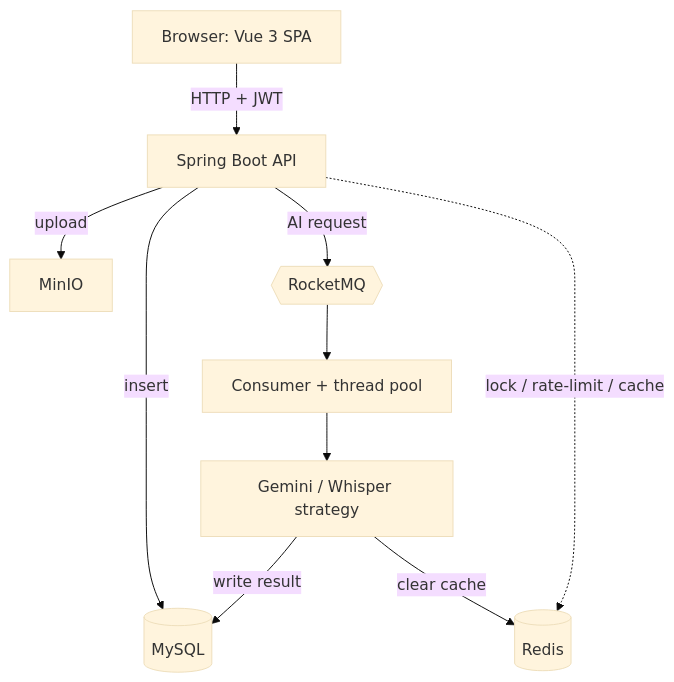
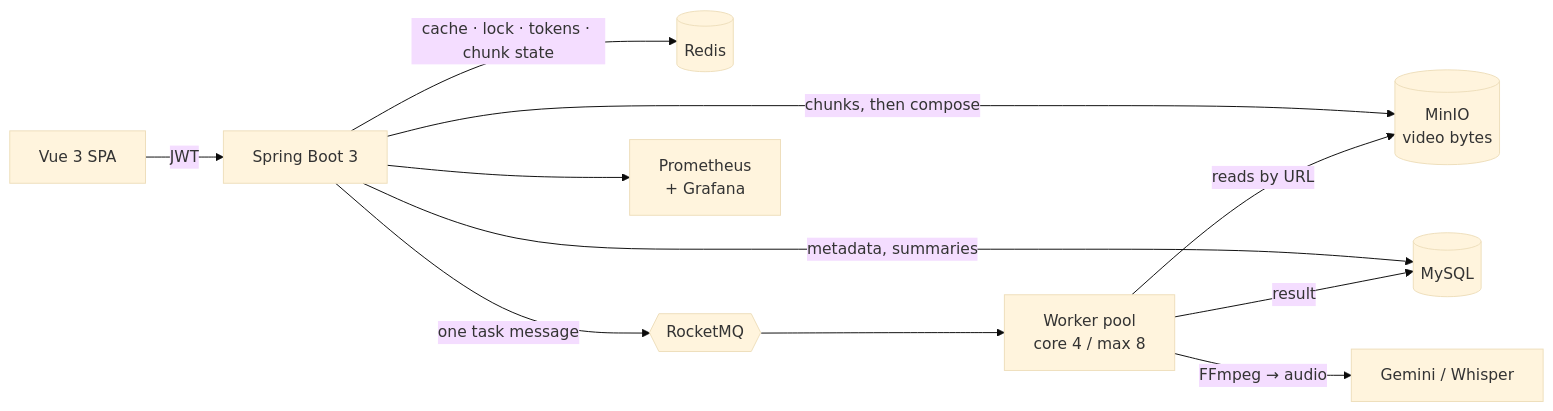
The diagram in README.md (Mingxin-Rao/Ai-intelligence-video-platform), drawn with Mermaid (base theme) before and after one commit. The commit also changed other lines of this file and 3 other files, not shown here.

````diff
--- a/README.md
+++ b/README.md
@@ -240,12 +71,13 @@
 ```mermaid
-flowchart TD
-    A["Browser: Vue 3 SPA"] -->|HTTP + JWT| B["Spring Boot API"]
-    B -->|upload| C["MinIO"]
-    B -->|insert| D[("MySQL")]
-    B -->|AI request| E{{"RocketMQ"}}
-    E --> F["Consumer + thread pool"]
-    F --> G["Gemini / Whisper strategy"]
-    G -->|write result| D
-    G -->|clear cache| H[("Redis")]
-    B -.->|lock / rate-limit / cache| H
+flowchart LR
+    A["Vue 3 SPA"] -->|"JWT"| B["Spring Boot 3"]
+    B -->|"chunks, then compose"| C[("MinIO<br/>video bytes")]
+    B -->|"metadata, summaries"| D[("MySQL")]
+    B -->|"cache · lock · tokens · chunk state"| E[("Redis")]
+    B -->|"one task message"| F{{"RocketMQ"}}
+    F --> G["Worker pool<br/>core 4 / max 8"]
+    G -->|"reads by URL"| C
+    G -->|"FFmpeg → audio"| H["Gemini / Whisper"]
+    G -->|"result"| D
+    B --> I["Prometheus<br/>+ Grafana"]
 ```
````
